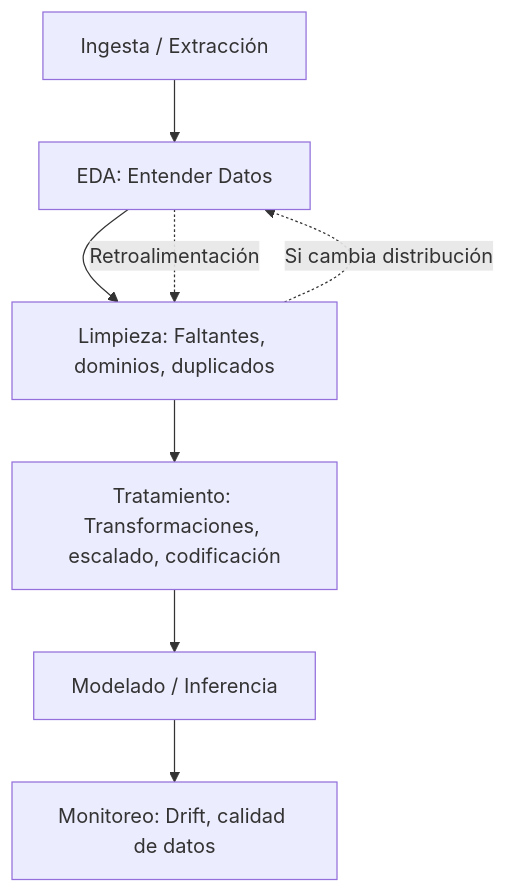
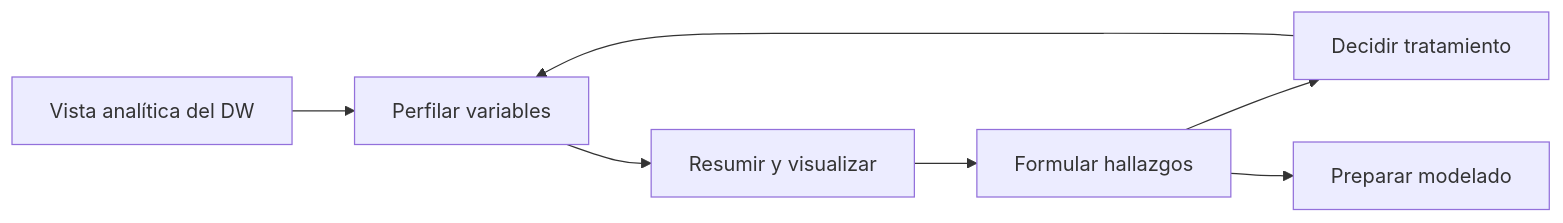
One commit to DiegoViillalba/almacenamienes-y-mineria-de-datos changed the diagram in unidades/intro_mineria/2-2-eda_exploratorio.qmd. Above: the diagram before and after it, drawn with Mermaid. The commit also changed other lines of this file and 1895 other files, not shown here.

````diff
--- a/unidades/intro_mineria/2-2-eda_exploratorio.qmd
+++ b/unidades/intro_mineria/2-2-eda_exploratorio.qmd
@@ -26,12 +54,9 @@
 ```{mermaid}
-flowchart TD
-  A["Ingesta / Extracción"] --> B["EDA: Entender Datos"]
-  B --> C["Limpieza: Faltantes, dominios, duplicados"]
-  C --> D["Tratamiento: Transformaciones, escalado, codificación"]
-  D --> E["Modelado / Inferencia"]
-  E --> F["Monitoreo: Drift, calidad de datos"]
-  
-  %% Relaciones de retroalimentación
-  B -.->|Retroalimentación| C
-  C -.->|Si cambia distribución| B
+flowchart LR
+  A["Vista analítica del DW"] --> B["Perfilar variables"]
+  B --> C["Resumir y visualizar"]
+  C --> D["Formular hallazgos"]
+  D --> E["Decidir tratamiento"]
+  E --> B
+  D --> F["Preparar modelado"]
 ```
````
